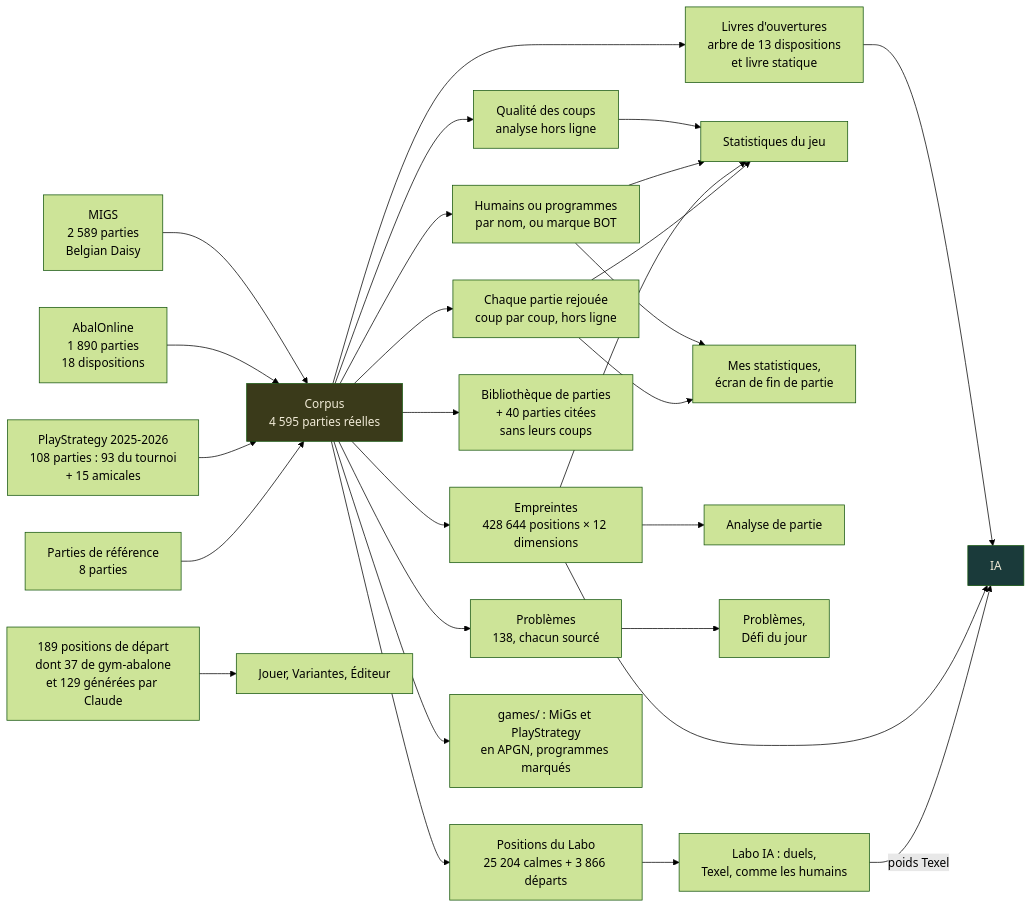
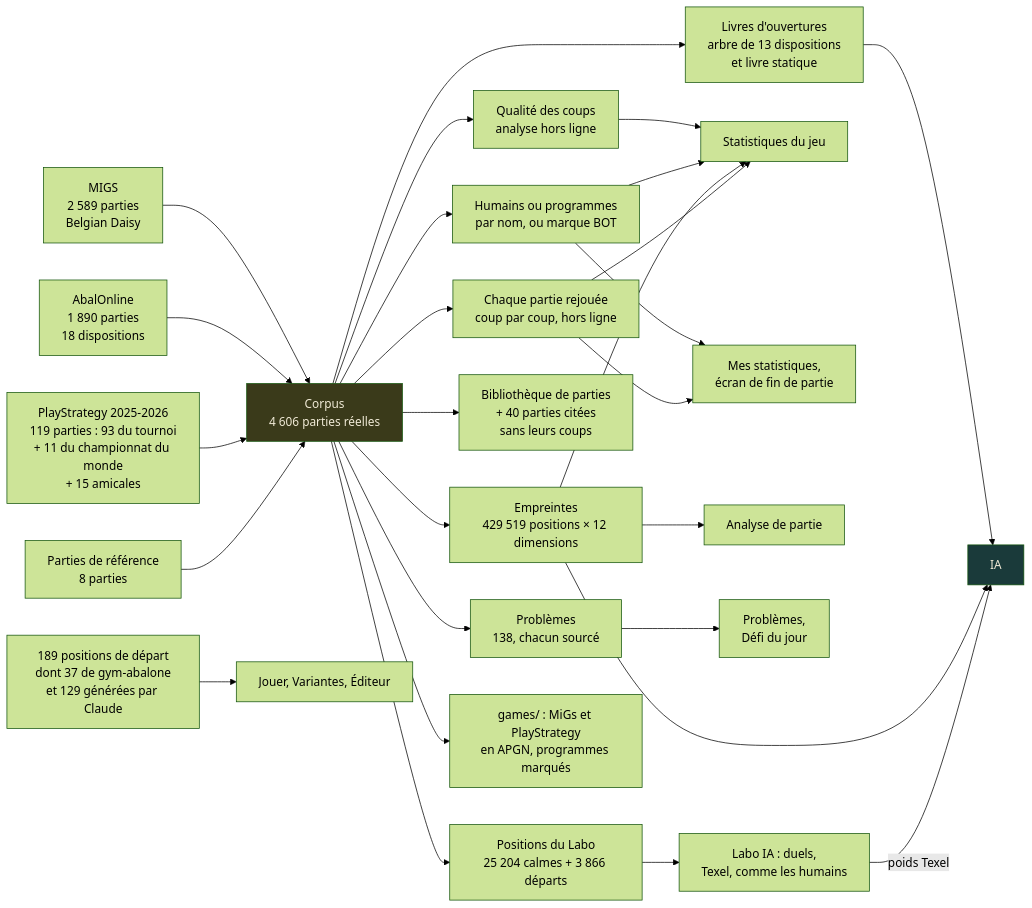
One commit to ocj94/Abalassembly changed the second of 3 diagrams in docs-fr/Architecture.fr.md. Above: the diagram before and after it, drawn with Mermaid (forest theme). The commit also changed other lines of this file and 33 other files, not shown here.

````diff
--- a/docs-fr/Architecture.fr.md
+++ b/docs-fr/Architecture.fr.md
@@ -69,34 +69,34 @@
 ```mermaid
 flowchart LR
-    S1[MIGS<br/>2 589 parties<br/>Belgian Daisy] --> C[Corpus<br/>4 595 parties réelles]
+    S1[MIGS<br/>2 589 parties<br/>Belgian Daisy] --> C[Corpus<br/>4 606 parties réelles]
     S2[AbalOnline<br/>1 890 parties<br/>18 dispositions] --> C
-    S3[PlayStrategy 2025-2026<br/>108 parties : 93 du tournoi<br/>+ 15 amicales] --> C
+    S3[PlayStrategy 2025-2026<br/>119 parties : 93 du tournoi<br/>+ 11 du championnat du monde<br/>+ 15 amicales] --> C
     S4[Parties de référence<br/>8 parties] --> C
 
     C --> O[Livres d'ouvertures<br/>arbre de 13 dispositions<br/>et livre statique]
-    C --> E[Empreintes<br/>428 644 positions × 12 dimensions]
+    C --> E[Empreintes<br/>429 519 positions × 12 dimensions]
     C --> R[Chaque partie rejouée<br/>coup par coup, hors ligne]
     C --> P[Problèmes<br/>138, chacun sourcé]
     C --> LP[Positions du Labo<br/>25 204 calmes + 3 866 départs]
     C --> L[Bibliothèque de parties<br/>+ 40 parties citées<br/>sans leurs coups]
     C --> Q[Qualité des coups<br/>analyse hors ligne]
     C --> HP[Humains ou programmes<br/>par nom, ou marque BOT]
     C --> AP[games/ : MiGs et PlayStrategy<br/>en APGN, programmes marqués]
     D[189 positions de départ<br/>dont 37 de gym-abalone<br/>et 129 générées par Claude] --> V[Jouer, Variantes, Éditeur]
     Q --> ST
     HP --> ST
     HP --> MS
 
     O --> AI[IA]
     E --> AI
     E --> AN[Analyse de partie]
     E --> ST[Statistiques du jeu]
     R --> ST
     R --> MS[Mes statistiques,<br/>écran de fin de partie]
     P --> PB[Problèmes,<br/>Défi du jour]
     LP --> LAB[Labo IA : duels,<br/>Texel, comme les humains]
     LAB -->|poids Texel| AI
 
     style C fill:#3a3a1a,color:#f0ead6
     style AI fill:#1a3a3a,color:#f0ead6
 ```
````
